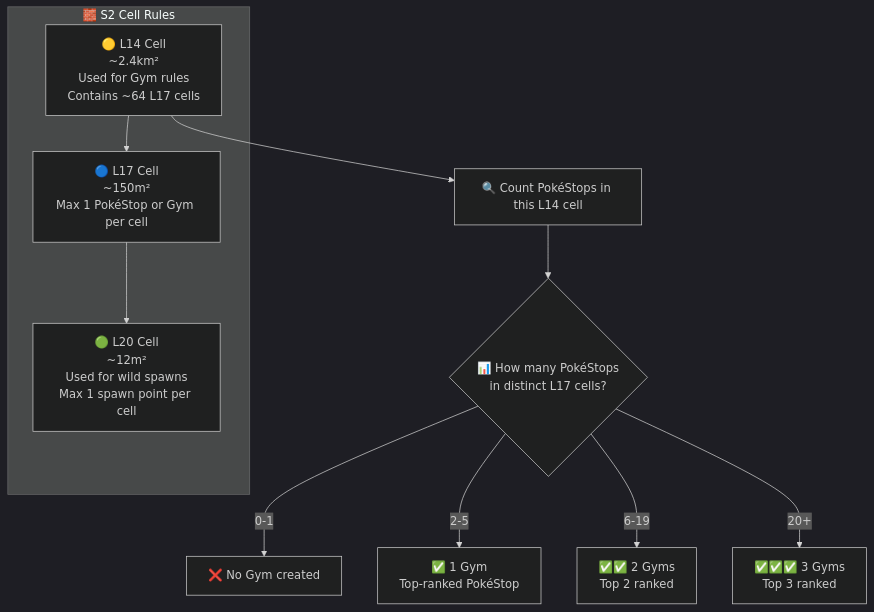
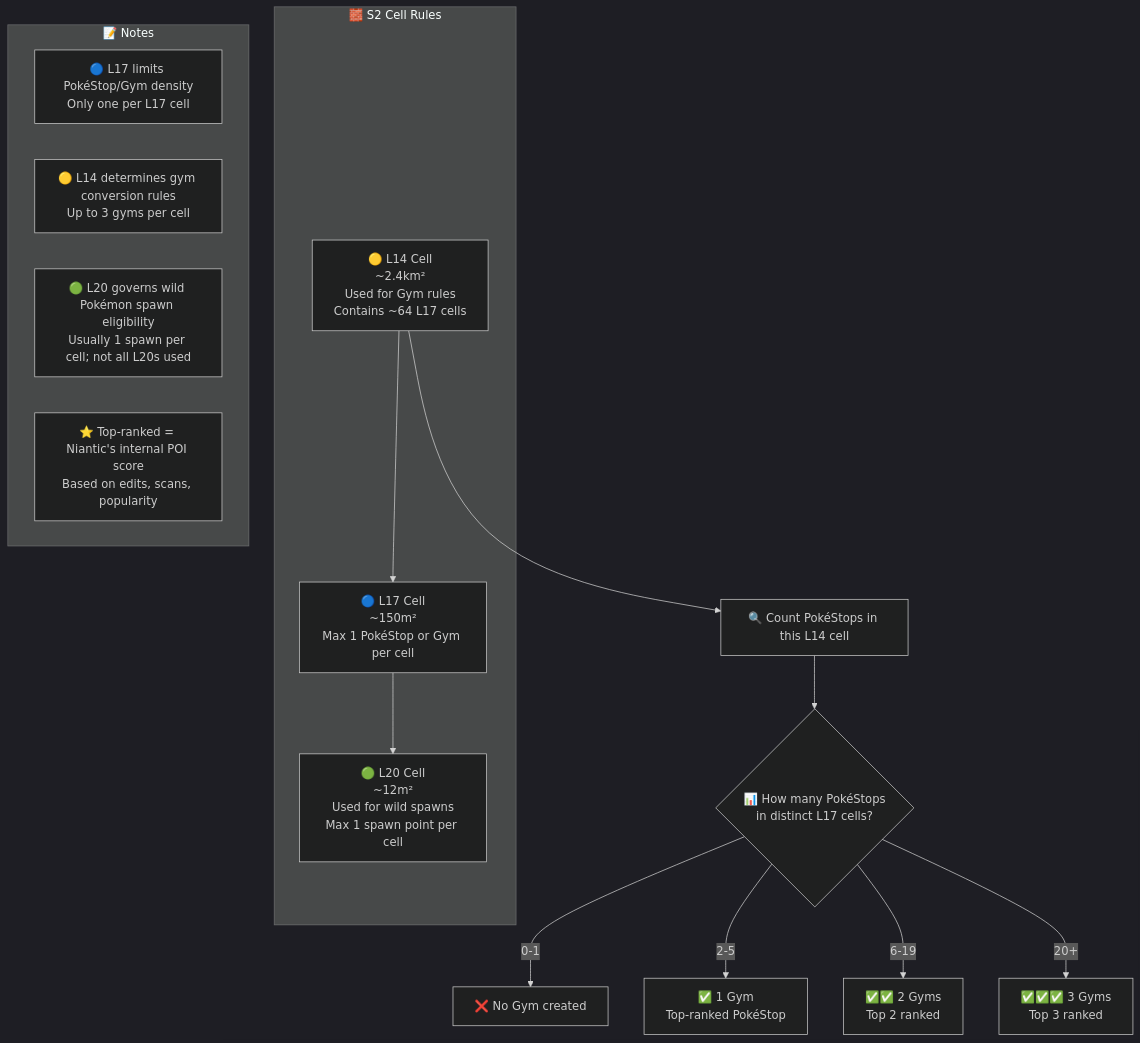
The diagram in README.md (gsmitheidw/pogo-s2-kildare), drawn with Mermaid (dark theme) before and after one commit. The commit also changed other lines of this file, not shown here.

Commit message:
restore graph

````diff
--- a/README.md
+++ b/README.md
@@ -26,19 +26,25 @@
 ```mermaid
 flowchart TD
     %% === S2 Structure and Limits ===
     subgraph "🧱 S2 Cell Rules"
         A[🟡 L14 Cell<br/>~2.4km²<br/>Used for Gym rules<br/>Contains ~64 L17 cells] --> B[🔵 L17 Cell<br/>~150m²<br/>Max 1 PokéStop or Gym per cell]
         B --> C[🟢 L20 Cell<br/>~12m²<br/>Used for wild spawns<br/>Max 1 spawn point per cell]
     end
 
     %% === Stop Distribution and L14 Calculation ===
     A --> D[🔍 Count PokéStops in this L14 cell]
     D --> E{📊 How many PokéStops<br/>in distinct L17 cells?}
 
     E -->|0-1| F[❌ No Gym created]
     E -->|2-5| G[✅ 1 Gym<br/>Top-ranked PokéStop]
     E -->|6-19| H[✅✅ 2 Gyms<br/>Top 2 ranked]
     E -->|20+| I[✅✅✅ 3 Gyms<br/>Top 3 ranked]
 
-    
+    %% === Notes ===
+    subgraph "📝 Notes"
+        N1[🔵 L17 limits PokéStop/Gym density<br/>Only one per L17 cell]
+        N2[🟡 L14 determines gym conversion rules<br/>Up to 3 gyms per cell]
+        N3[🟢 L20 governs wild Pokémon spawn eligibility<br/>Usually 1 spawn per cell; not all L20s used]
+        N4[⭐ Top-ranked = Niantic's internal POI score<br/>Based on edits, scans, popularity]
+    end
 ```
````
